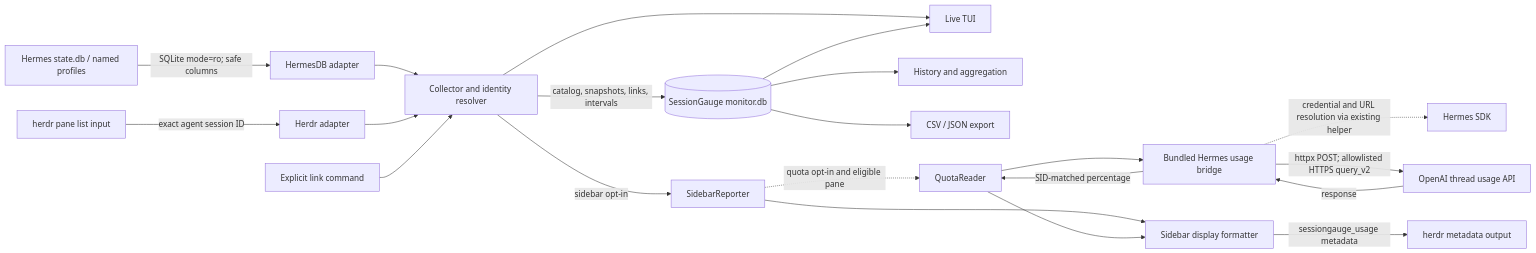
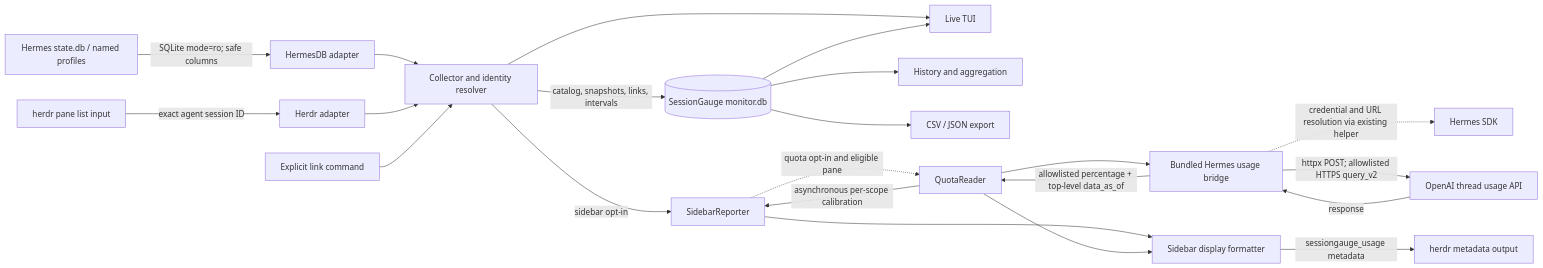
Before and after one commit to iorinu/SessionGauge: the diagram in docs/architecture.md, drawn with Mermaid. The commit also changed other lines of this file and 16 other files, not shown here.

````diff
--- a/docs/architecture.md
+++ b/docs/architecture.md
@@ -5,23 +5,24 @@
 ```mermaid
 flowchart LR
     H[Hermes state.db / named profiles] -->|SQLite mode=ro; safe columns| A[HermesDB adapter]
     R[herdr pane list input] -->|exact agent session ID| B[Herdr adapter]
     A --> C[Collector and identity resolver]
     B --> C
     L[Explicit link command] --> C
     C -->|catalog, snapshots, links, intervals| M[(SessionGauge monitor.db)]
     C --> T[Live TUI]
     M --> T
     M --> G[History and aggregation]
     M --> E[CSV / JSON export]
     C -->|sidebar opt-in| S[SidebarReporter]
     S -. quota opt-in and eligible pane .-> Q[QuotaReader]
     Q --> X[Bundled Hermes usage bridge]
     X -. credential and URL resolution via existing helper .-> SDK[Hermes SDK]
     X -->|httpx POST; allowlisted HTTPS query_v2| API[OpenAI thread usage API]
     API -->|response| X
-    X -->|SID-matched percentage| Q
+    X -->|allowlisted percentage + top-level data_as_of| Q
+    Q -->|asynchronous per-scope calibration| S
     S --> F[Sidebar display formatter]
     Q --> F
     F -->|sessiongauge_usage metadata| O[herdr metadata output]
 ```
````
